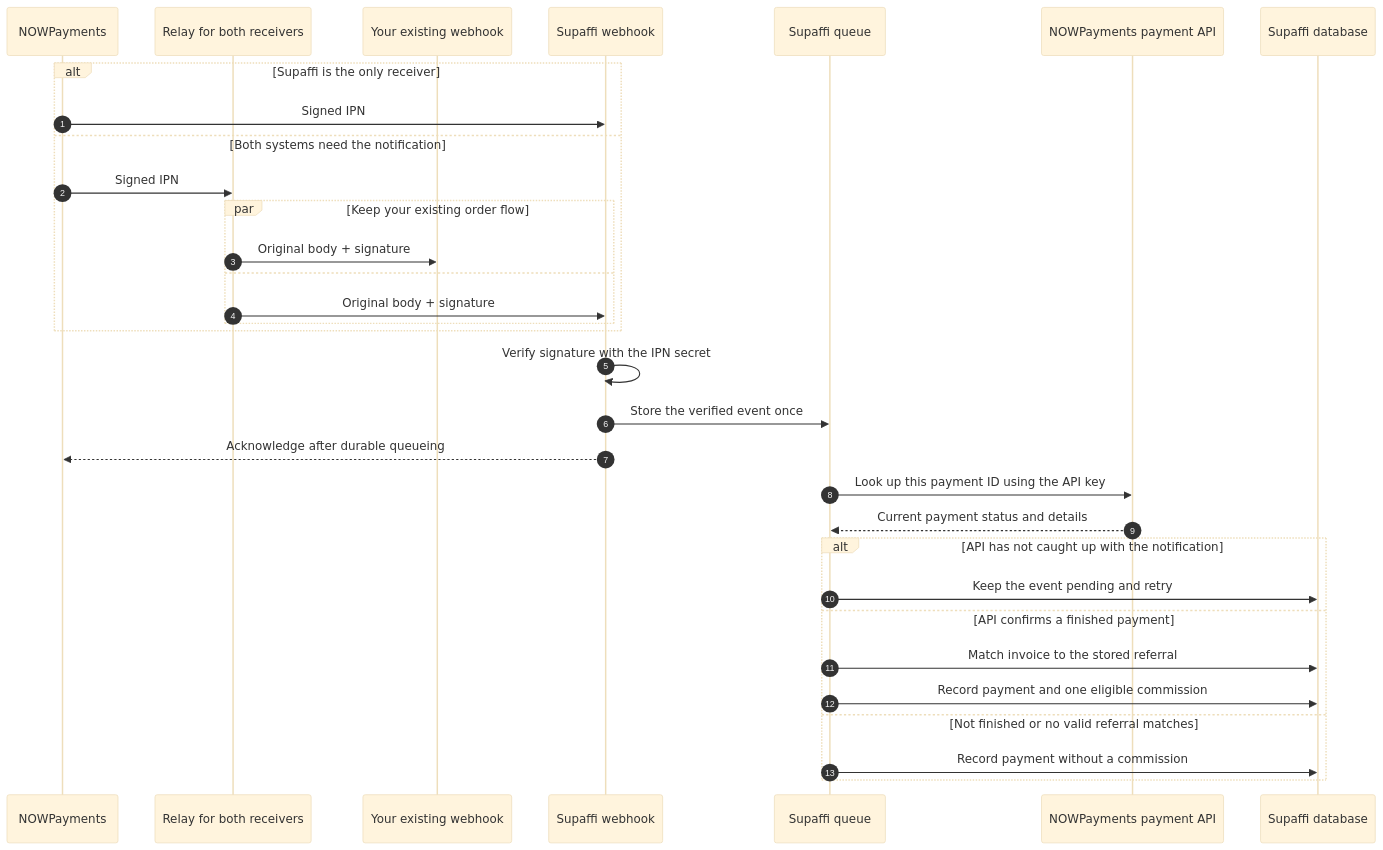
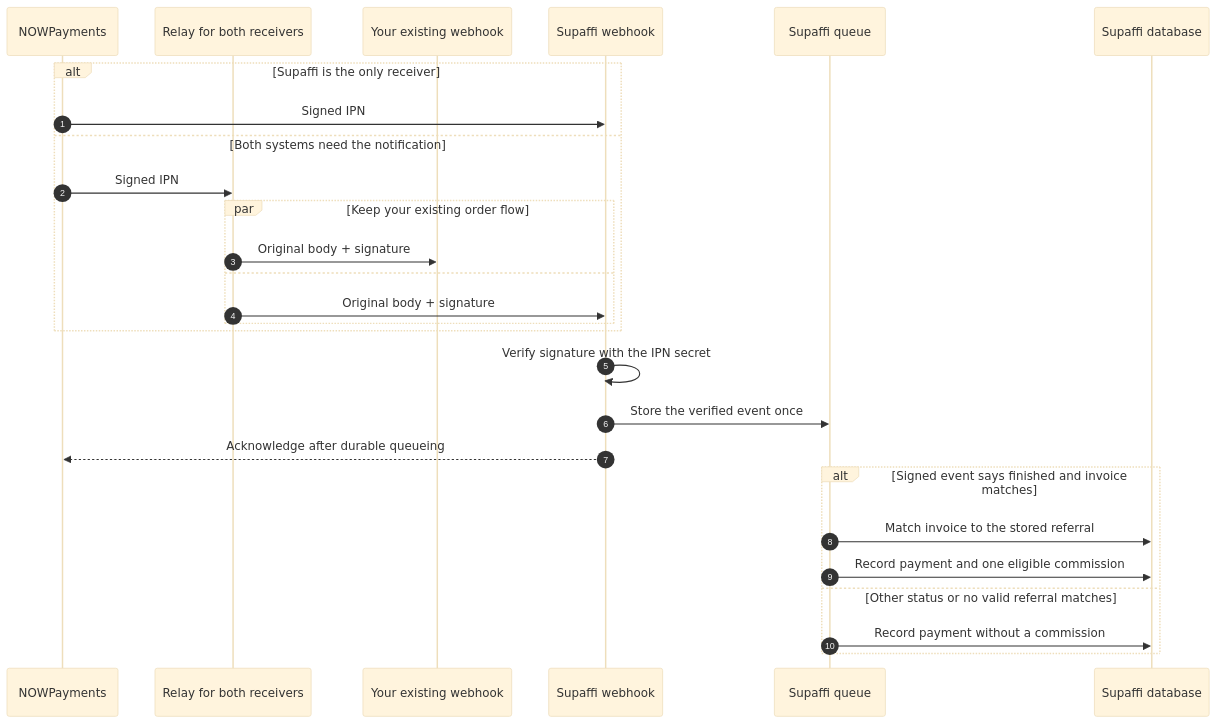
One commit to enrique-orellana/supaffi changed the third of 3 diagrams in docs/nowpayments-flow.md. Above: the diagram before and after it, drawn with Mermaid (base theme). The commit also changed other lines of this file and 17 other files, not shown here.

Commit message:
fix(nowpayments): remove Supaffi API-key verification

````diff
--- a/docs/nowpayments-flow.md
+++ b/docs/nowpayments-flow.md
@@ -87,35 +87,30 @@
 ```mermaid
 sequenceDiagram
   autonumber
   participant NOW as NOWPayments
   participant Relay as Relay for both receivers
   participant App as Your existing webhook
   participant Hook as Supaffi webhook
   participant Queue as Supaffi queue
-  participant API as NOWPayments payment API
   participant DB as Supaffi database
 
   alt Supaffi is the only receiver
     NOW->>Hook: Signed IPN
   else Both systems need the notification
     NOW->>Relay: Signed IPN
     par Keep your existing order flow
       Relay->>App: Original body + signature
     and
       Relay->>Hook: Original body + signature
     end
   end
   Hook->>Hook: Verify signature with the IPN secret
   Hook->>Queue: Store the verified event once
   Hook-->>NOW: Acknowledge after durable queueing
-  Queue->>API: Look up this payment ID using the API key
-  API-->>Queue: Current payment status and details
-  alt API has not caught up with the notification
-    Queue->>DB: Keep the event pending and retry
-  else API confirms a finished payment
+  alt Signed event says finished and invoice matches
     Queue->>DB: Match invoice to the stored referral
     Queue->>DB: Record payment and one eligible commission
-  else Not finished or no valid referral matches
+  else Other status or no valid referral matches
     Queue->>DB: Record payment without a commission
   end
 ```
````
